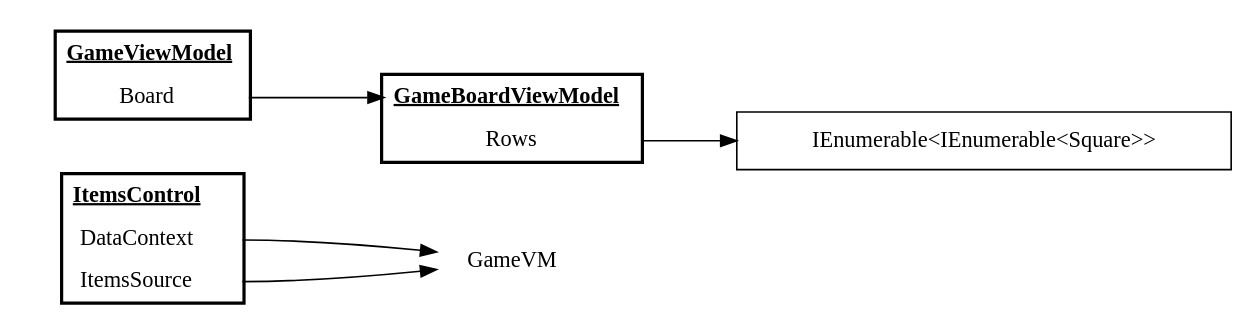
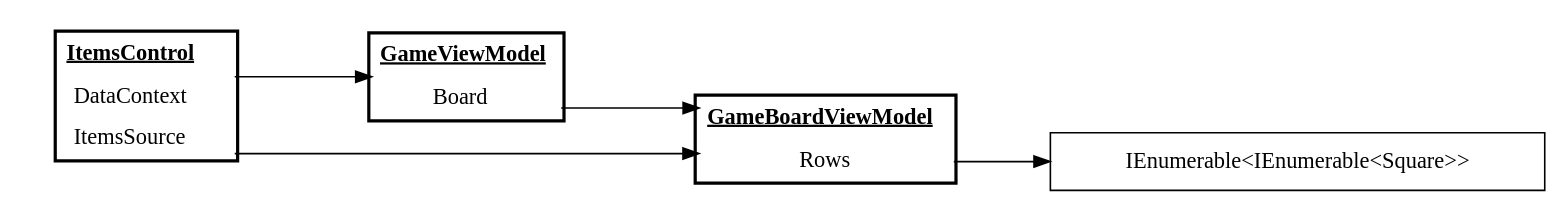
The diagram in docs/getting-started/itemscontrol-gamevm-boardvm.gv (ucll-vgo/minesweeper-starter), drawn with Graphviz before and after one commit. The commit also changed 3 other files, not shown here.

```diff
--- a/docs/getting-started/itemscontrol-gamevm-boardvm.gv
+++ b/docs/getting-started/itemscontrol-gamevm-boardvm.gv
@@ -1,34 +1,34 @@
 digraph G {
     node [shape=none,fontname=Consolas,margin="0.3,0.1"]
     rankdir=LR
+    splines="ortho"
 
     ItemsControl [
       label =<<TABLE BORDER="2" CELLBORDER="0" CELLSPACING="1" CELLPADDING="5">
                       <TR><TD PORT="header"><B><U>ItemsControl</U></B></TD></TR>
                       <TR><TD PORT="DataContext">DataContext</TD></TR>
                       <TR><TD PORT="ItemsSource">ItemsSource</TD></TR>
                   </TABLE>>
     ]
 
     GameViewModel [
       label =<<TABLE BORDER="2" CELLBORDER="0" CELLSPACING="1" CELLPADDING="5">
                       <TR><TD PORT="header"><B><U>GameViewModel</U></B></TD></TR>
                       <TR><TD PORT="Board">Board</TD></TR>
                   </TABLE>>
     ]
 
     BoardViewModel [
       label =<<TABLE BORDER="2" CELLBORDER="0" CELLSPACING="1" CELLPADDING="5">
                       <TR><TD PORT="header"><B><U>GameBoardViewModel</U></B></TD></TR>
                       <TR><TD PORT="Rows">Rows</TD></TR>
                   </TABLE>>
     ]
 
     Data [label="IEnumerable\<IEnumerable\<Square\>\>",shape=box]
 
-
-    ItemsControl:DataContext -> GameVM:header
-    ItemsControl:ItemsSource -> GameVM:Board
+    ItemsControl:DataContext -> GameViewModel:header
+    ItemsControl:ItemsSource -> BoardViewModel:Rows
     GameViewModel:Board -> BoardViewModel:header
     BoardViewModel:Rows -> Data
 }
```
